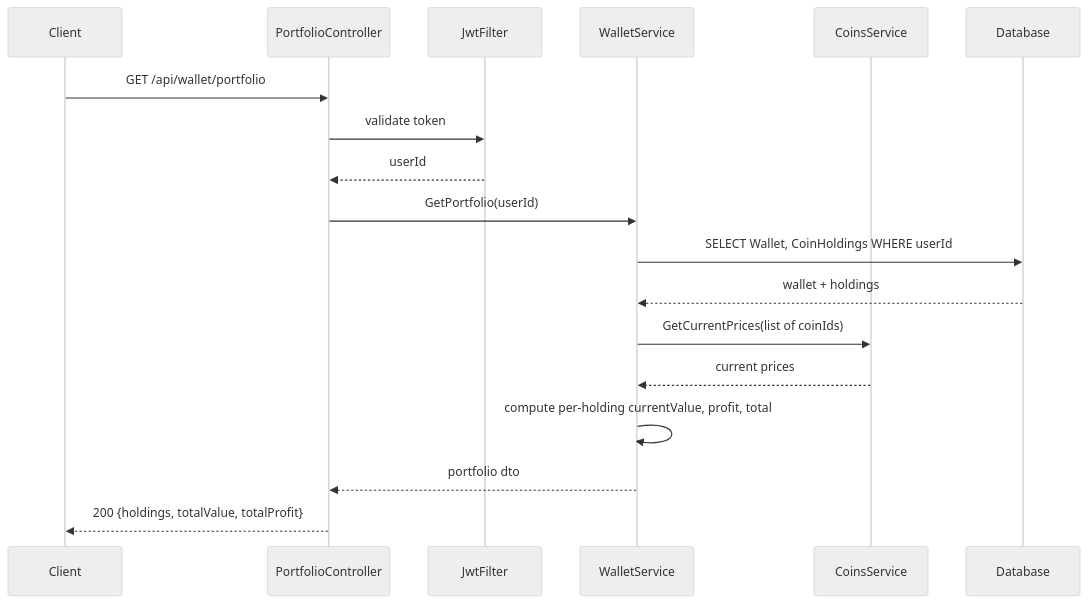
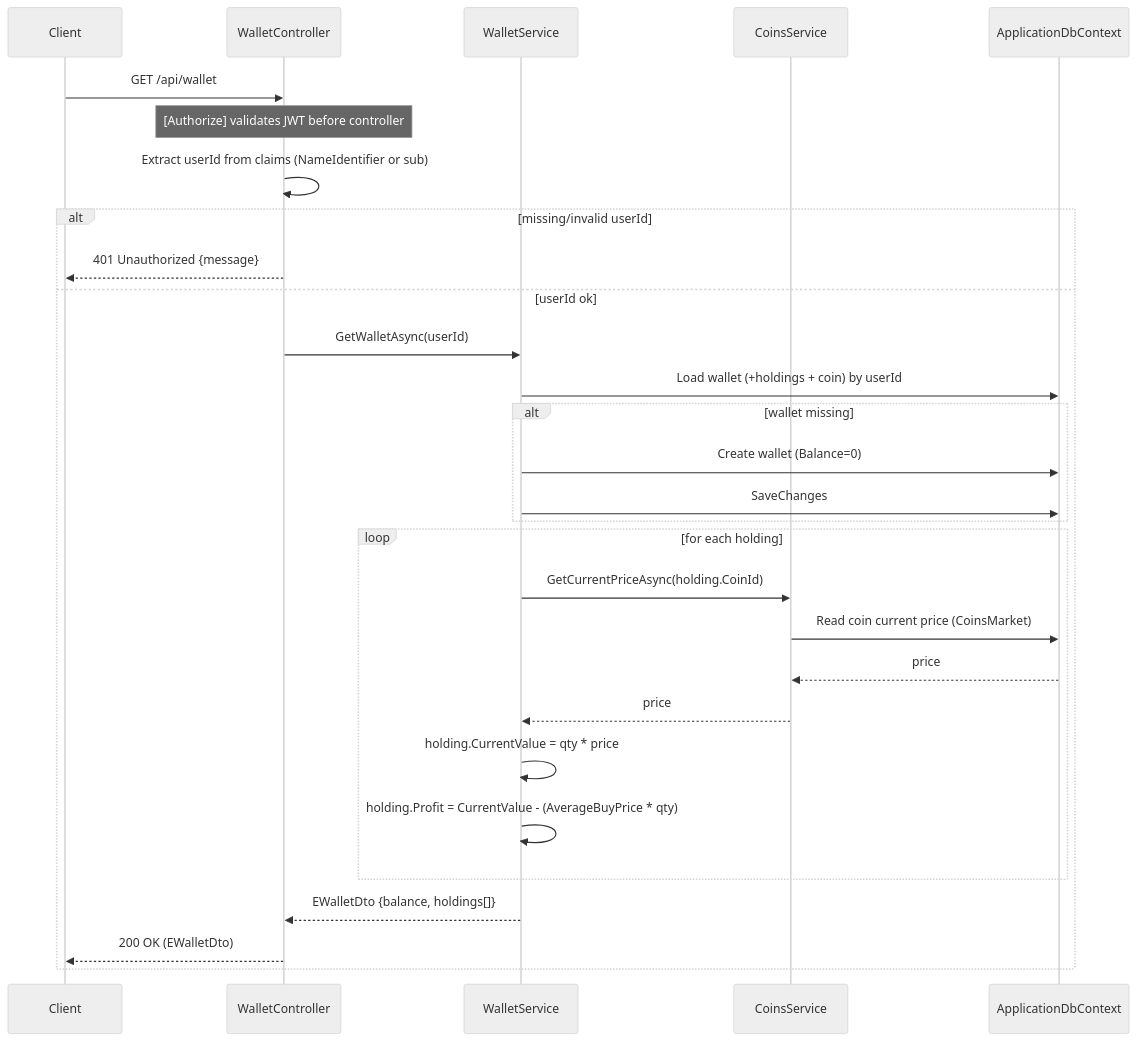
One commit to ihebKhodja/CoinUpBackend changed the diagram in docs/sequences/get-portfolio-diagramm.mmd. Above: the diagram before and after it, drawn with Mermaid (neutral theme). The commit also changed 9 other files, not shown here.

Commit message:
feat: Enhance API documentation with detailed sequence diagrams for alerts, wallet operations, and watchlist management

```diff
--- a/docs/sequences/get-portfolio-diagramm.mmd
+++ b/docs/sequences/get-portfolio-diagramm.mmd
@@ -1,19 +1,30 @@
 sequenceDiagram
     participant C as Client
-    participant API as PortfolioController
-    participant Auth as JwtFilter
+    participant API as WalletController
     participant WS as WalletService
     participant Coin as CoinsService
-    participant DB as Database
+    participant DB as ApplicationDbContext
 
-    C->>API: GET /api/wallet/portfolio
-    API->>Auth: validate token
-    Auth-->>API: userId
-    API->>WS: GetPortfolio(userId)
-    WS->>DB: SELECT Wallet, CoinHoldings WHERE userId
-    DB-->>WS: wallet + holdings
-    WS->>Coin: GetCurrentPrices(list of coinIds)
-    Coin-->>WS: current prices
-    WS->>WS: compute per-holding currentValue, profit, total
-    WS-->>API: portfolio dto
-    API-->>C: 200 {holdings, totalValue, totalProfit}
+    C->>API: GET /api/wallet
+    Note over API: [Authorize] validates JWT before controller
+    API->>API: Extract userId from claims (NameIdentifier or sub)
+    alt missing/invalid userId
+        API-->>C: 401 Unauthorized {message}
+    else userId ok
+        API->>WS: GetWalletAsync(userId)
+        WS->>DB: Load wallet (+holdings + coin) by userId
+        alt wallet missing
+            WS->>DB: Create wallet (Balance=0)
+            WS->>DB: SaveChanges
+        end
+        loop for each holding
+            WS->>Coin: GetCurrentPriceAsync(holding.CoinId)
+            Coin->>DB: Read coin current price (CoinsMarket)
+            DB-->>Coin: price
+            Coin-->>WS: price
+            WS->>WS: holding.CurrentValue = qty * price
+            WS->>WS: holding.Profit = CurrentValue - (AverageBuyPrice * qty)
+        end
+        WS-->>API: EWalletDto {balance, holdings[]}
+        API-->>C: 200 OK (EWalletDto)
+    end
```
